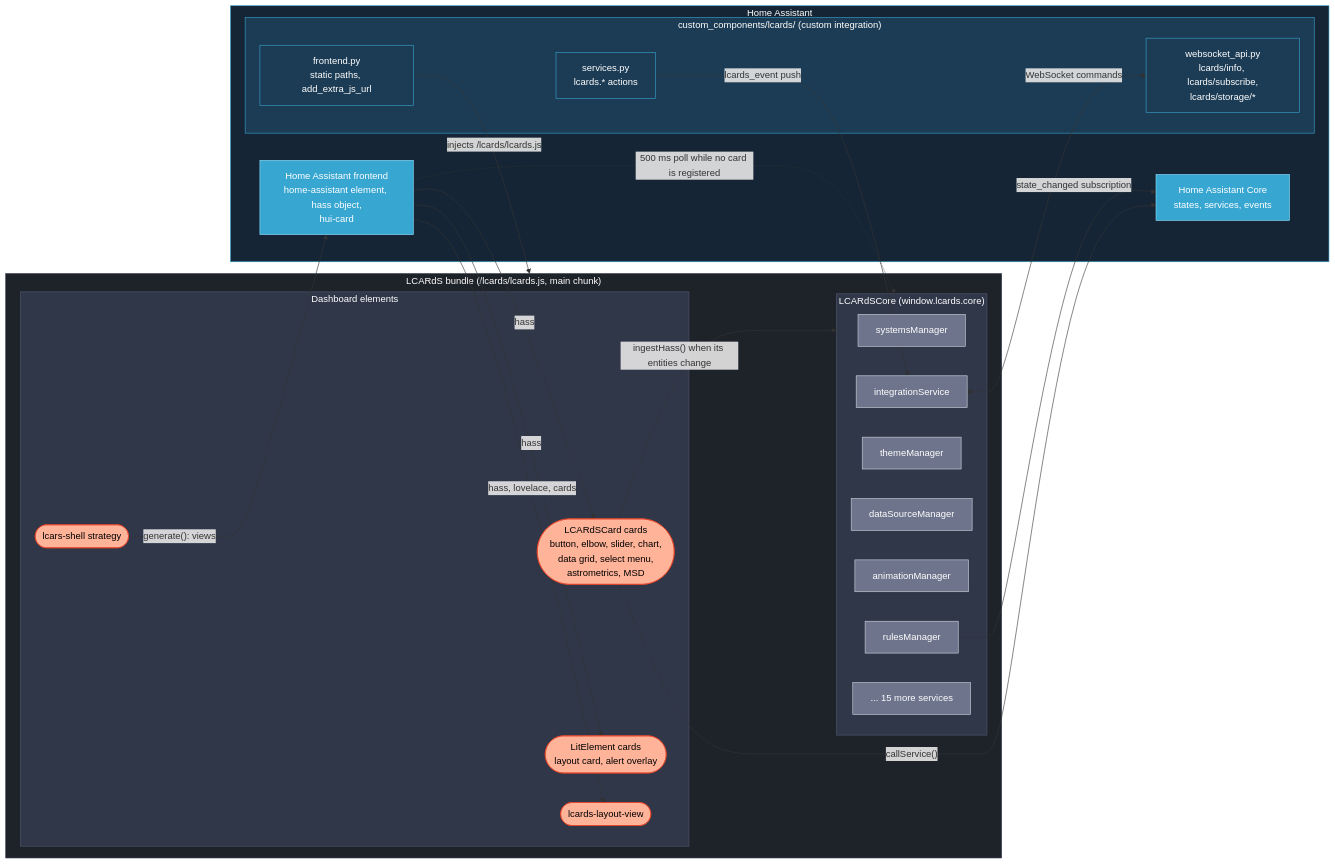
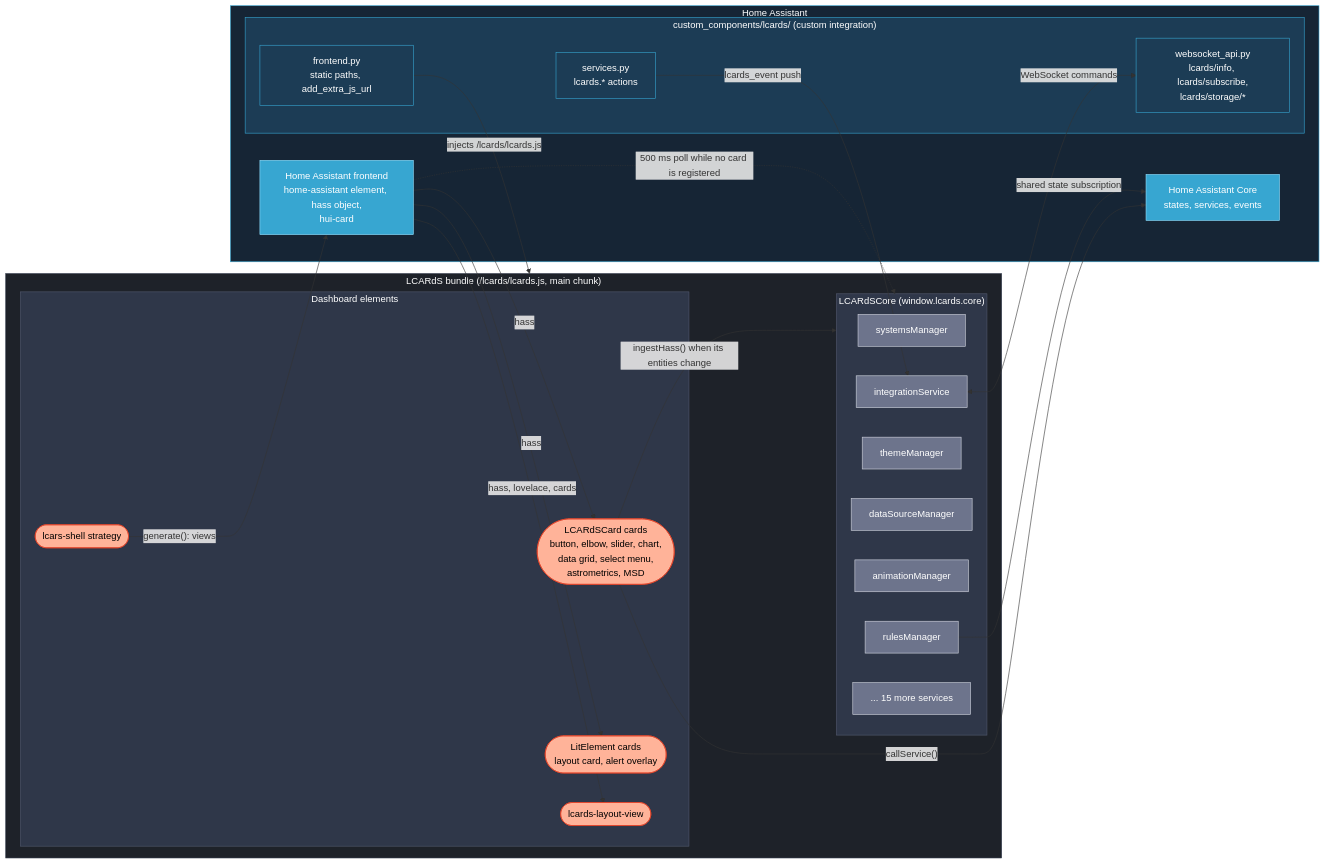
One commit to snootched/lcards changed the first of 2 diagrams in doc/architecture/systems-arch.md. Above: the diagram before and after it, drawn with Mermaid. The commit also changed other lines of this file and 17 other files, not shown here.

````diff
--- a/doc/architecture/systems-arch.md
+++ b/doc/architecture/systems-arch.md
@@ -9,54 +9,54 @@
 ```mermaid
 flowchart LR
     subgraph HA["Home Assistant"]
         HACore["Home Assistant Core<br/>states, services, events"]
         subgraph Integration["custom_components/lcards/ (custom integration)"]
             Front["frontend.py<br/>static paths, add_extra_js_url"]:::integrationStyle
             WS["websocket_api.py<br/>lcards/info, lcards/subscribe,<br/>lcards/storage/*"]:::integrationStyle
             Svc["services.py<br/>lcards.* actions"]:::integrationStyle
         end
         HAFront["Home Assistant frontend<br/>home-assistant element, hass object,<br/>hui-card"]
     end
 
     subgraph Browser["LCARdS bundle (/lcards/lcards.js, main chunk)"]
         subgraph CORE["LCARdSCore (window.lcards.core)"]
             SysMgr["systemsManager"]:::coreStyle
             Rules["rulesManager"]:::coreStyle
             Theme["themeManager"]:::coreStyle
             Data["dataSourceManager"]:::coreStyle
             Anim["animationManager"]:::coreStyle
             IntSvc["integrationService"]:::coreStyle
             Other["... 15 more services"]:::coreStyle
         end
         subgraph DASHBOARD["Dashboard elements"]
             Cards(["LCARdSCard cards<br/>button, elbow, slider, chart,<br/>data grid, select menu,<br/>astrometrics, MSD"]):::lcardsStyle
             Lit(["LitElement cards<br/>layout card, alert overlay"]):::lcardsStyle
             View(["lcards-layout-view"]):::lcardsStyle
             Strat(["lcars-shell strategy"]):::lcardsStyle
         end
     end
 
     Front -->|"injects /lcards/lcards.js"| Browser
     HAFront -->|"hass"| Cards
     HAFront -->|"hass"| Lit
     HAFront -->|"hass, lovelace, cards"| View
     Strat -->|"generate(): views"| HAFront
     Cards -->|"ingestHass() when its entities change"| CORE
     HAFront -.->|"500 ms poll while no card is registered"| CORE
-    Rules -->|"state_changed subscription"| HACore
+    Rules -->|"shared state subscription"| HACore
     Cards -->|"callService()"| HACore
     IntSvc <-->|"WebSocket commands"| WS
     Svc -->|"lcards_event push"| IntSvc
 
     classDef lcardsStyle fill:#ffb399,stroke:#e7442a,color:#000
     classDef coreStyle fill:#6d748c,stroke:#d2d5df,color:#fff
     classDef integrationStyle fill:#1c3c55,stroke:#37a6d1,color:#fff
 
     style HA fill:#162535,stroke:#37a6d1,color:#fff
     style Integration fill:#1c3c55,stroke:#37a6d1,color:#fff
     style HACore fill:#37a6d1,stroke:#93e1ff,color:#fff
     style HAFront fill:#37a6d1,stroke:#93e1ff,color:#fff
     style Browser fill:#1e2229,stroke:#2f3749,color:#fff
     style CORE fill:#2f3749,stroke:#52596e,color:#fff
     style DASHBOARD fill:#2f3749,stroke:#52596e,color:#fff
 ```
````
